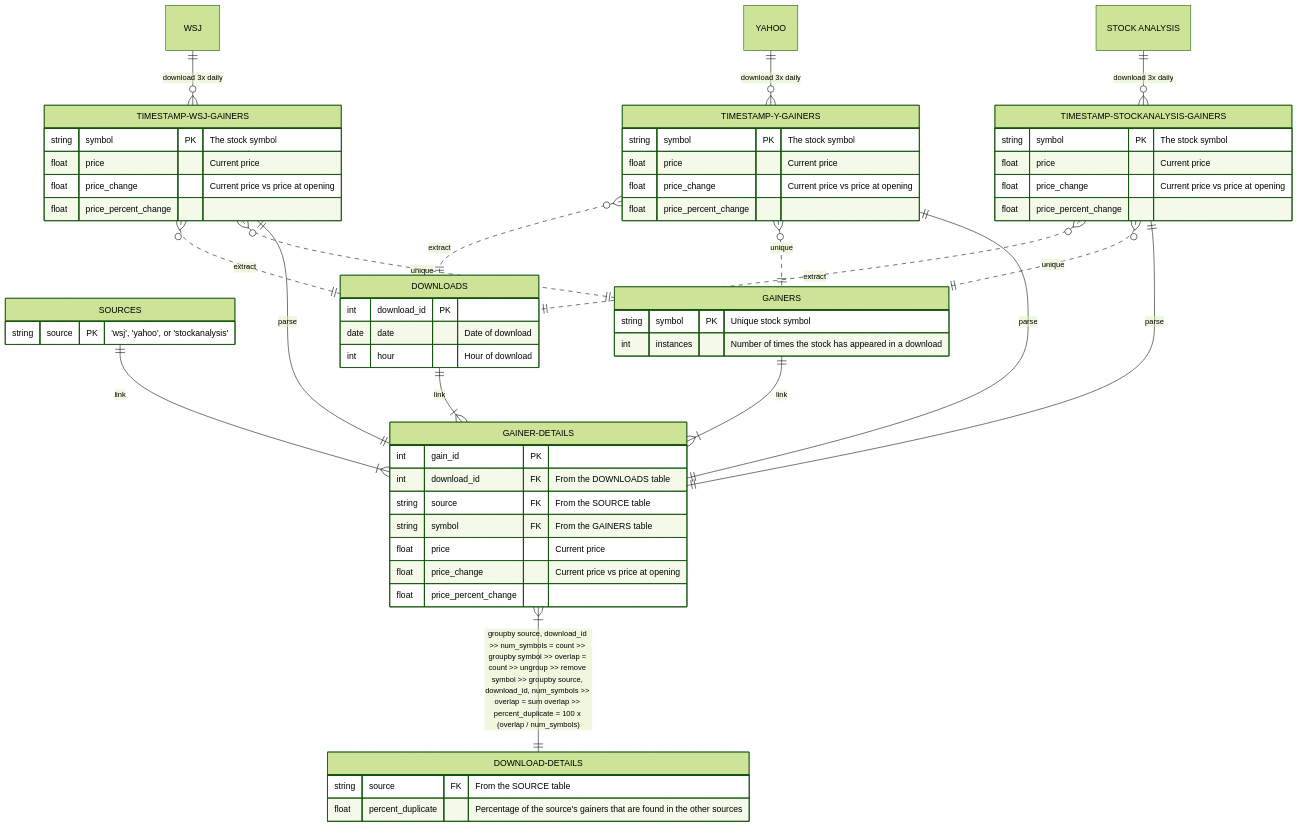
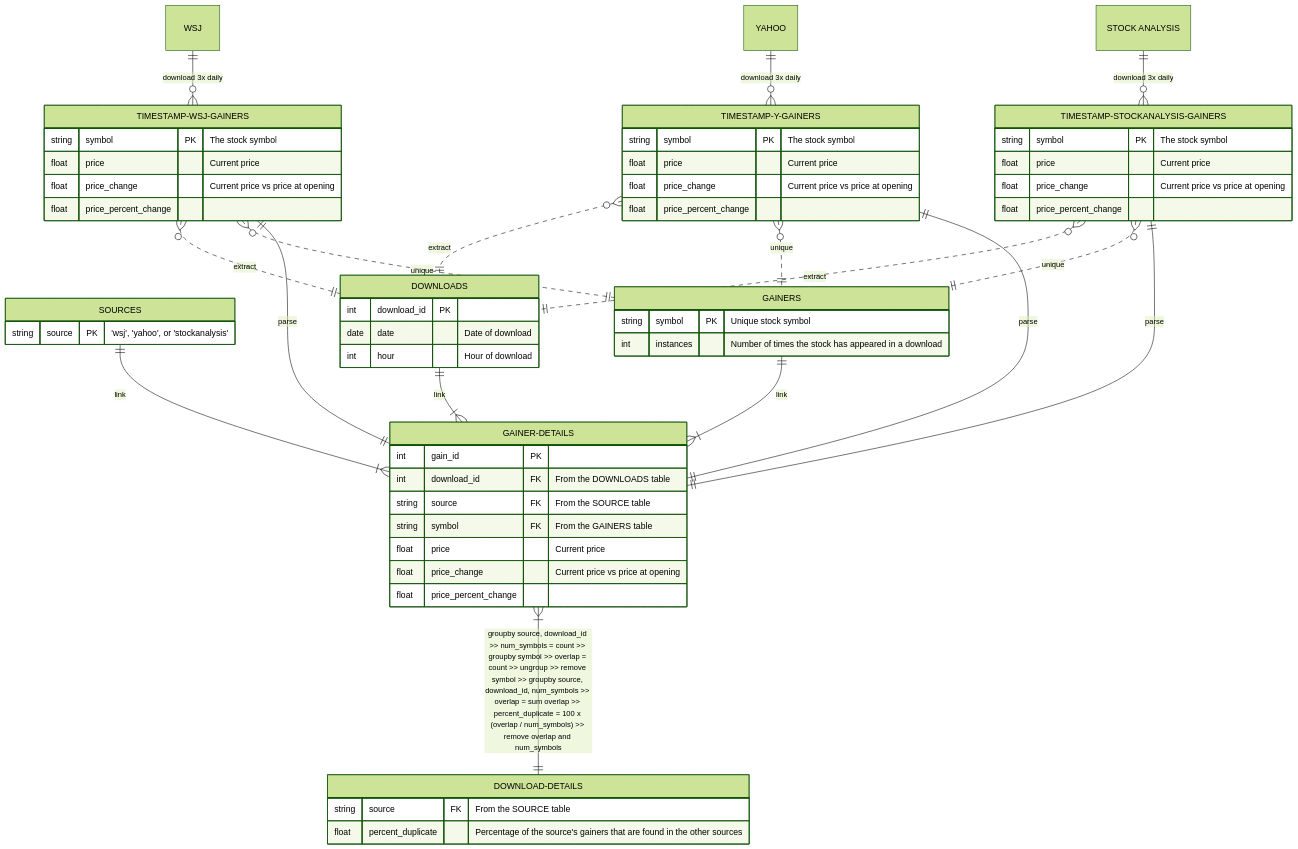
One commit to KazBarker/SP25_DS5111_nrg6cb changed the diagram in ERD/ERD.md. Above: the diagram before and after it, drawn with Mermaid (forest theme).

````diff
--- a/ERD/ERD.md
+++ b/ERD/ERD.md
@@ -2,71 +2,72 @@
 ```mermaid
 erDiagram
     WSJ only one to zero or more TIMESTAMP-WSJ-GAINERS : "download 3x daily"
     YAHOO only one to zero or more TIMESTAMP-Y-GAINERS : "download 3x daily"
     "STOCK ANALYSIS" only one to zero or more TIMESTAMP-STOCKANALYSIS-GAINERS : "download 3x daily"
     
     TIMESTAMP-WSJ-GAINERS {
         string symbol PK "The stock symbol"
         float price "Current price"
         float price_change "Current price vs price at opening"
         float price_percent_change
     }
     TIMESTAMP-Y-GAINERS {
         string symbol PK "The stock symbol"
         float price "Current price"
         float price_change "Current price vs price at opening"
         float price_percent_change
     }
     TIMESTAMP-STOCKANALYSIS-GAINERS {
         string symbol PK "The stock symbol"
         float price "Current price"
         float price_change "Current price vs price at opening"
         float price_percent_change
     }
 
     SOURCES {
         string source PK "'wsj', 'yahoo', or 'stockanalysis'"
     }
  
     TIMESTAMP-WSJ-GAINERS many optionally to only one DOWNLOADS : "extract"
     TIMESTAMP-Y-GAINERS many optionally to only one DOWNLOADS : "extract"
     TIMESTAMP-STOCKANALYSIS-GAINERS many optionally to only one DOWNLOADS : "extract"
 
     DOWNLOADS {
         int download_id PK
         date date "Date of download"
         int hour "Hour of download"
     }
 
     TIMESTAMP-WSJ-GAINERS many optionally to only one GAINERS : "unique"
     TIMESTAMP-Y-GAINERS many optionally to only one GAINERS : "unique"
     TIMESTAMP-STOCKANALYSIS-GAINERS many optionally to only one GAINERS : "unique"
 
     GAINERS {
         string symbol PK "Unique stock symbol"
         int instances "Number of times the stock has appeared in a download"
     }
     
     DOWNLOADS one to one or more GAINER-DETAILS : "link"
     SOURCES one to one or more GAINER-DETAILS : "link"
     GAINERS one to one or more GAINER-DETAILS : "link"
     TIMESTAMP-WSJ-GAINERS one to one GAINER-DETAILS : "parse"
     TIMESTAMP-Y-GAINERS one to one GAINER-DETAILS : "parse"
     TIMESTAMP-STOCKANALYSIS-GAINERS one to one GAINER-DETAILS : "parse"
 
     GAINER-DETAILS {
         int gain_id PK
         int download_id FK "From the DOWNLOADS table"
         string source FK "From the SOURCE table"
         string symbol FK "From the GAINERS table"
         float price "Current price"
         float price_change "Current price vs price at opening"
         float price_percent_change
     }
 
-    GAINER-DETAILS one or more to one DOWNLOAD-DETAILS : "groupby source, download_id >> num_symbols = count >> groupby symbol >> overlap = count >> ungroup >> remove symbol >> groupby source, download_id, num_symbols >> overlap = sum overlap >> percent_duplicate = 100 x (overlap / num_symbols)"
+    GAINER-DETAILS one or more to one DOWNLOAD-DETAILS : "groupby source, download_id >> num_symbols = count >> groupby symbol >> overlap = count >> ungroup >> remove symbol >> groupby source, download_id, num_symbols >> overlap = sum overlap >> percent_duplicate = 100 x (overlap / num_symbols) >> remove overlap and num_symbols"
+
     DOWNLOAD-DETAILS {
         string source FK "From the SOURCE table"
         float percent_duplicate "Percentage of the source's gainers that are found in the other sources"
     }
 ```
````
